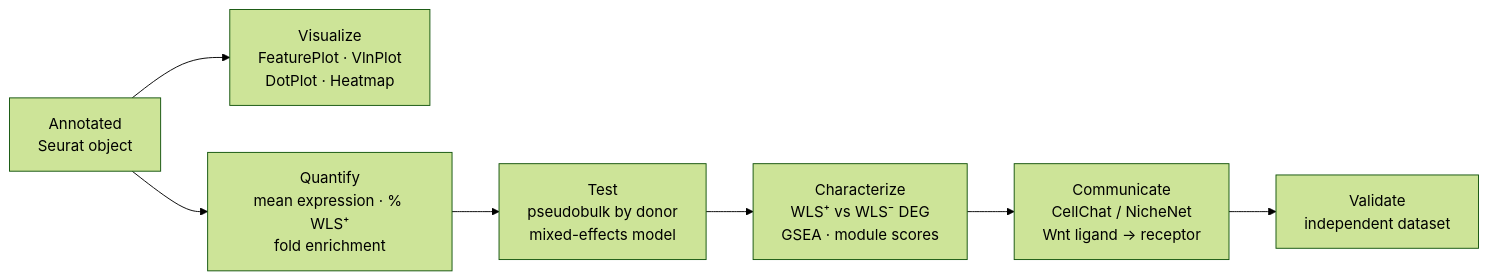
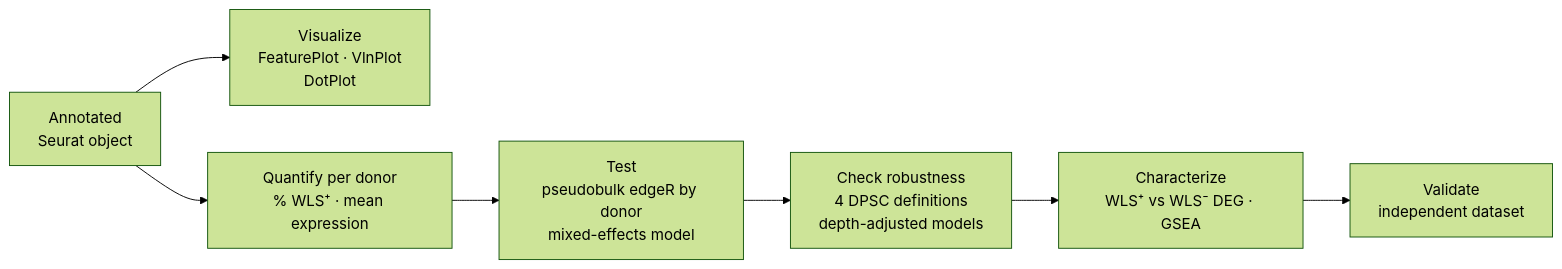
Before and after one commit to mtariqi/dpsc-wls-human-scRNAseq: the second of 2 diagrams in README.md, drawn with Mermaid (forest theme). The commit also changed other lines of this file, not shown here.

````diff
--- a/README.md
+++ b/README.md
@@ -278,9 +394,9 @@
 ```mermaid
 flowchart LR
-    A["Annotated<br/>Seurat object"] --> B["Visualize<br/>FeaturePlot · VlnPlot<br/>DotPlot · Heatmap"]
-    A --> C["Quantify<br/>mean expression · % WLS⁺<br/>fold enrichment"]
-    C --> D["Test<br/>pseudobulk by donor<br/>mixed-effects model"]
-    D --> E["Characterize<br/>WLS⁺ vs WLS⁻ DEG<br/>GSEA · module scores"]
-    E --> F["Communicate<br/>CellChat / NicheNet<br/>Wnt ligand → receptor"]
+    A["Annotated<br/>Seurat object"] --> B["Visualize<br/>FeaturePlot · VlnPlot<br/>DotPlot"]
+    A --> C["Quantify per donor<br/>% WLS⁺ · mean expression"]
+    C --> D["Test<br/>pseudobulk edgeR by donor<br/>mixed-effects model"]
+    D --> E["Check robustness<br/>4 DPSC definitions<br/>depth-adjusted models"]
+    E --> F["Characterize<br/>WLS⁺ vs WLS⁻ DEG · GSEA"]
     F --> G["Validate<br/>independent dataset"]
 ```
````
